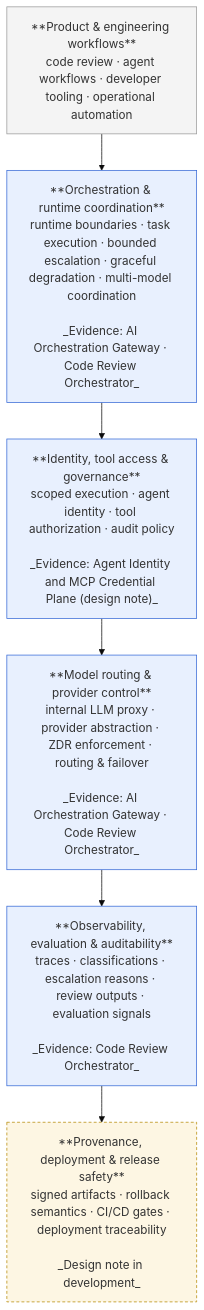
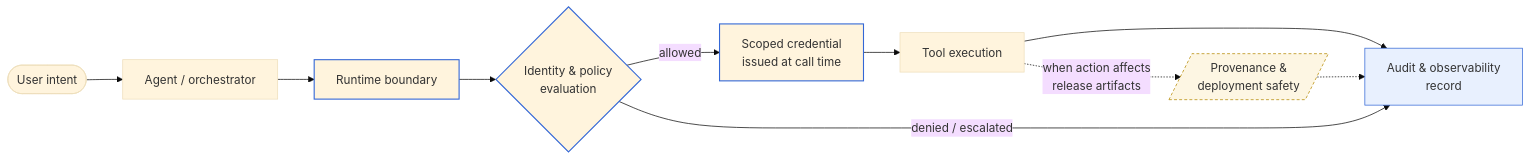
Before and after one commit to ryanwilliams90/portfolio: the diagram in README.md, drawn with Mermaid (base theme). The commit also changed other lines of this file, not shown here.

Commit message:
README: drop layered stack, draft execution-path diagram, clean Markdown
The previous Mermaid 'platform layers' diagram was a generic vendor-style
stack that didn't actually do work. Six rectangles top-to-bottom with
decorative arrows communicate roughly nothing more than a bullet list,
and the shape signals 'I've seen these consultancy slides too' rather
than 'I have a perspective.'

Replaced with an execution-path diagram showing one agent action moving
through the operational substrate: user intent -> agent -> runtime
boundary -> identity & policy evaluation -> scoped credential -> tool
execution -> audit, with conditional provenance/deployment downstream.

The diagram supports the thesis: the model call sits inside 'tool
execution' as one node late in the path; authorization happens at call
time rather than install time; credentials are per-action and never
enter the model context; the audit record is a primary output that
captures denials too, not just successes.

Also tightened the Markdown: blank lines between sections, paragraphs
on their own lines, areas-of-focus list rendered as bullets instead of
a compressed bullet-separated paragraph.

````diff
--- a/README.md
+++ b/README.md
@@ -15,23 +15,24 @@
 ```mermaid
-flowchart TB
-    L1["**Product & engineering workflows**<br/>code review · agent workflows · developer tooling · operational automation"]
+flowchart LR
+    U([User intent])
+    A[Agent / orchestrator]
+    R[Runtime boundary]
+    P{Identity & policy<br/>evaluation}
+    C[Scoped credential<br/>issued at call time]
+    T[Tool execution]
+    O[Audit & observability<br/>record]
+    V[/Provenance &<br/>deployment safety/]
 
-    L2["**Orchestration & runtime coordination**<br/>runtime boundaries · task execution · bounded escalation · graceful degradation · multi-model coordination<br/><br/>_Evidence: AI Orchestration Gateway · Code Review Orchestrator_"]
+    U --> A --> R --> P
+    P -->|allowed| C --> T --> O
+    P -->|denied / escalated| O
+    T -.->|when action affects<br/>release artifacts| V
+    V -.-> O
 
-    L3["**Identity, tool access & governance**<br/>scoped execution · agent identity · tool authorization · audit policy<br/><br/>_Evidence: Agent Identity and MCP Credential Plane (design note)_"]
-
-    L4["**Model routing & provider control**<br/>internal LLM proxy · provider abstraction · ZDR enforcement · routing & failover<br/><br/>_Evidence: AI Orchestration Gateway · Code Review Orchestrator_"]
-
-    L5["**Observability, evaluation & auditability**<br/>traces · classifications · escalation reasons · review outputs · evaluation signals<br/><br/>_Evidence: Code Review Orchestrator_"]
-
-    L6["**Provenance, deployment & release safety**<br/>signed artifacts · rollback semantics · CI/CD gates · deployment traceability<br/><br/>_Design note in development_"]
-
-    L1 --> L2 --> L3 --> L4 --> L5 --> L6
-
-    classDef grounded fill:#e8f0fe,stroke:#3367d6,stroke-width:1px;
-    classDef planned fill:#fdf6e3,stroke:#b58900,stroke-width:1px,stroke-dasharray:4 3;
-    classDef workload fill:#f4f4f4,stroke:#999,stroke-width:1px;
-    class L1 workload;
-    class L2,L3,L4,L5 grounded;
-    class L6 planned;
+    classDef boundary stroke:#3367d6,stroke-width:1.5px;
+    classDef control fill:#e8f0fe,stroke:#3367d6,stroke-width:1px;
+    classDef downstream fill:#fdf6e3,stroke:#b58900,stroke-width:1px,stroke-dasharray:4 3;
+    class R,P,C boundary;
+    class O control;
+    class V downstream;
 ```
````
